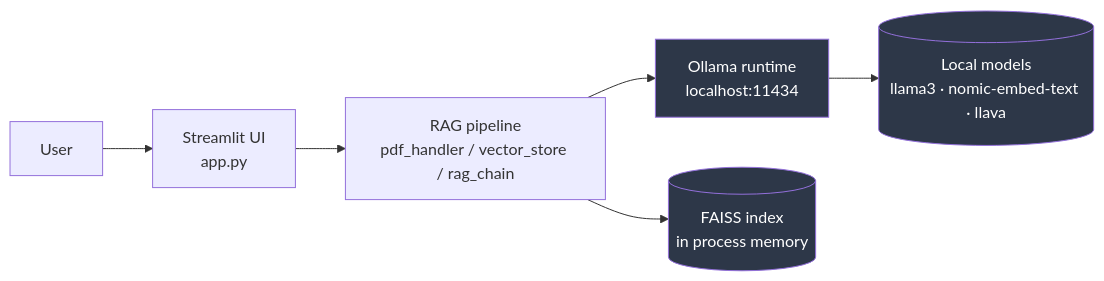
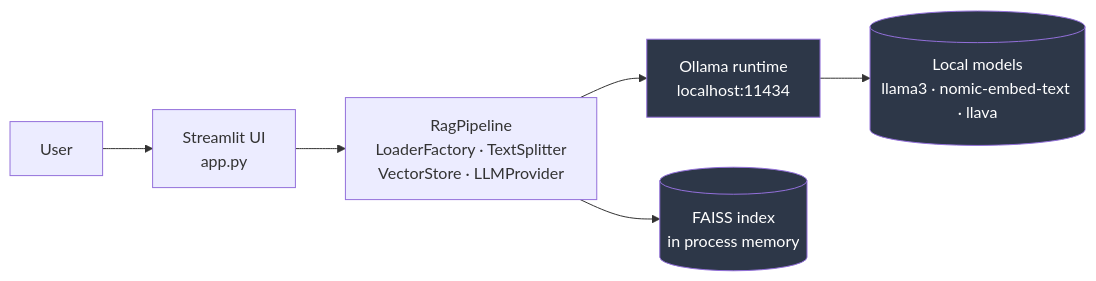
One commit to fdavchev/DocuMind-AI changed the first of 5 diagrams in docs/architecture.md. Above: the diagram before and after it, drawn with Mermaid. The commit also changed other lines of this file and 20 other files, not shown here.

Commit message:
Strip app.py to UI only, deleting pdf_handler.py, vector_store.py and rag_chain.py

````diff
--- a/docs/architecture.md
+++ b/docs/architecture.md
@@ -22,12 +22,12 @@
 ```mermaid
 graph LR
     U[User] --> S[Streamlit UI<br/>app.py]
-    S --> P[RAG pipeline<br/>pdf_handler / vector_store / rag_chain]
+    S --> P[RagPipeline<br/>LoaderFactory · TextSplitter<br/>VectorStore · LLMProvider]
     P --> O[Ollama runtime<br/>localhost:11434]
     O --> M[(Local models<br/>llama3 · nomic-embed-text · llava)]
     P --> F[(FAISS index<br/>in process memory)]
 
     style O fill:#2d3748,color:#fff
     style M fill:#2d3748,color:#fff
     style F fill:#2d3748,color:#fff
 ```
````
